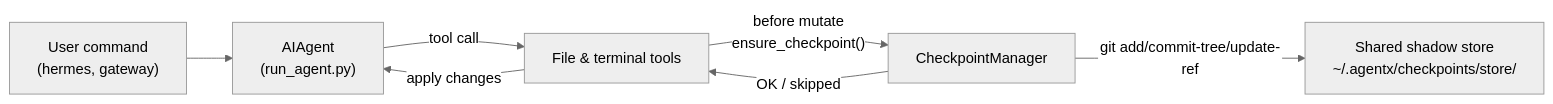
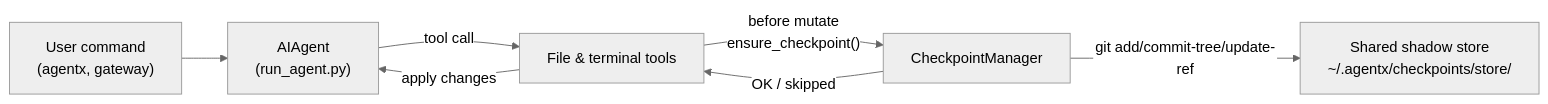
The diagram in website/docs/user-guide/checkpoints-and-rollback.md (TrungKiencding/AgentX-Workmate), drawn with Mermaid (neutral theme) before and after one commit. The commit also changed other lines of this file and 599 other files, not shown here.

````diff
--- a/website/docs/user-guide/checkpoints-and-rollback.md
+++ b/website/docs/user-guide/checkpoints-and-rollback.md
@@ -69,15 +69,15 @@
 ```mermaid
 flowchart LR
-  user["User command\n(hermes, gateway)"]
+  user["User command\n(agentx, gateway)"]
   agent["AIAgent\n(run_agent.py)"]
   tools["File & terminal tools"]
   cpMgr["CheckpointManager"]
   store["Shared shadow store\n~/.agentx/checkpoints/store/"]
 
   user --> agent
   agent -->|"tool call"| tools
   tools -->|"before mutate\nensure_checkpoint()"| cpMgr
   cpMgr -->|"git add/commit-tree/update-ref"| store
   cpMgr -->|"OK / skipped"| tools
   tools -->|"apply changes"| agent
 ```
````
